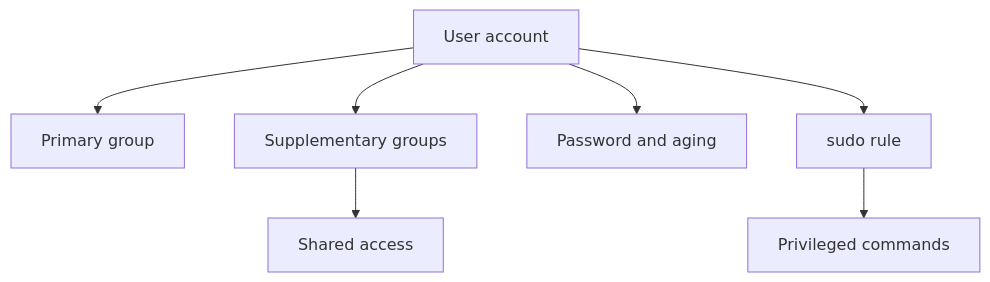
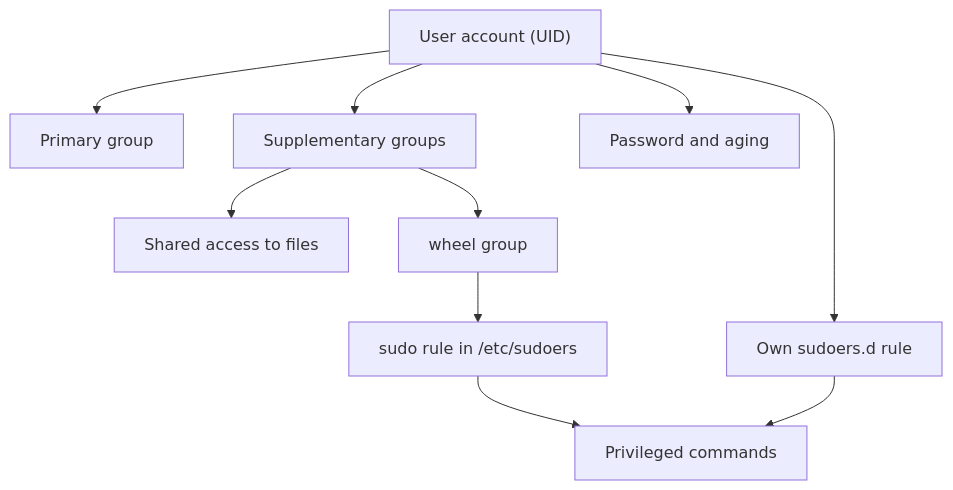
Before and after one commit to zainulhasan/rhcsa: the diagram in 14-users-groups-passwords-and-sudo.md, drawn with Mermaid. The commit also changed other lines of this file, not shown here.

Commit message:
Upgrade lesson 14 users, groups, passwords and sudo to the new course template

````diff
--- a/14-users-groups-passwords-and-sudo.md
+++ b/14-users-groups-passwords-and-sudo.md
@@ -58,9 +57,12 @@
 ```mermaid
 flowchart TD
-    A["User account"] --> B["Primary group"]
+    A["User account (UID)"] --> B["Primary group"]
     A --> C["Supplementary groups"]
     A --> D["Password and aging"]
-    C --> E["Shared access"]
-    A --> F["sudo rule"]
-    F --> G["Privileged commands"]
+    C --> E["Shared access to files"]
+    C --> F["wheel group"]
+    F --> G["sudo rule in /etc/sudoers"]
+    A --> H["Own sudoers.d rule"]
+    G --> I["Privileged commands"]
+    H --> I
 ```
````
